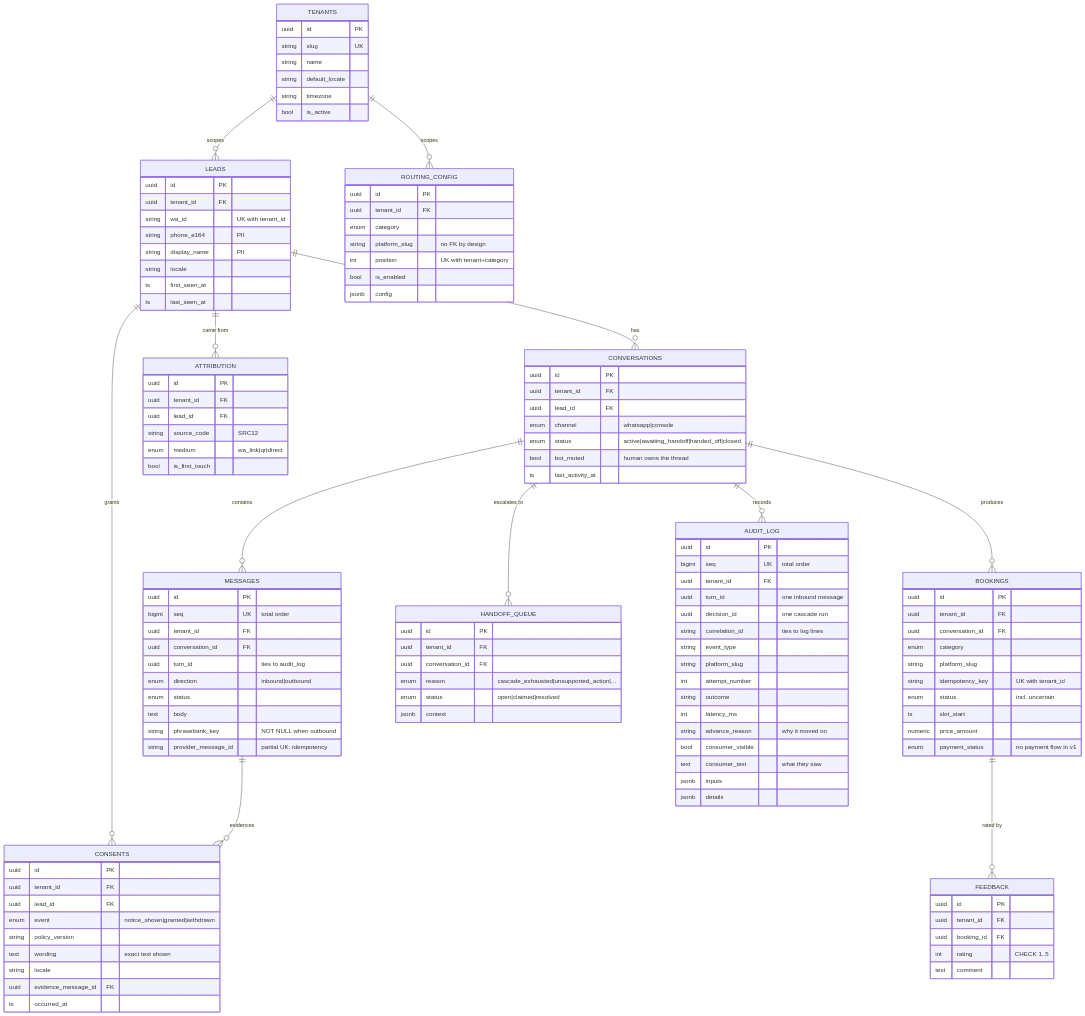
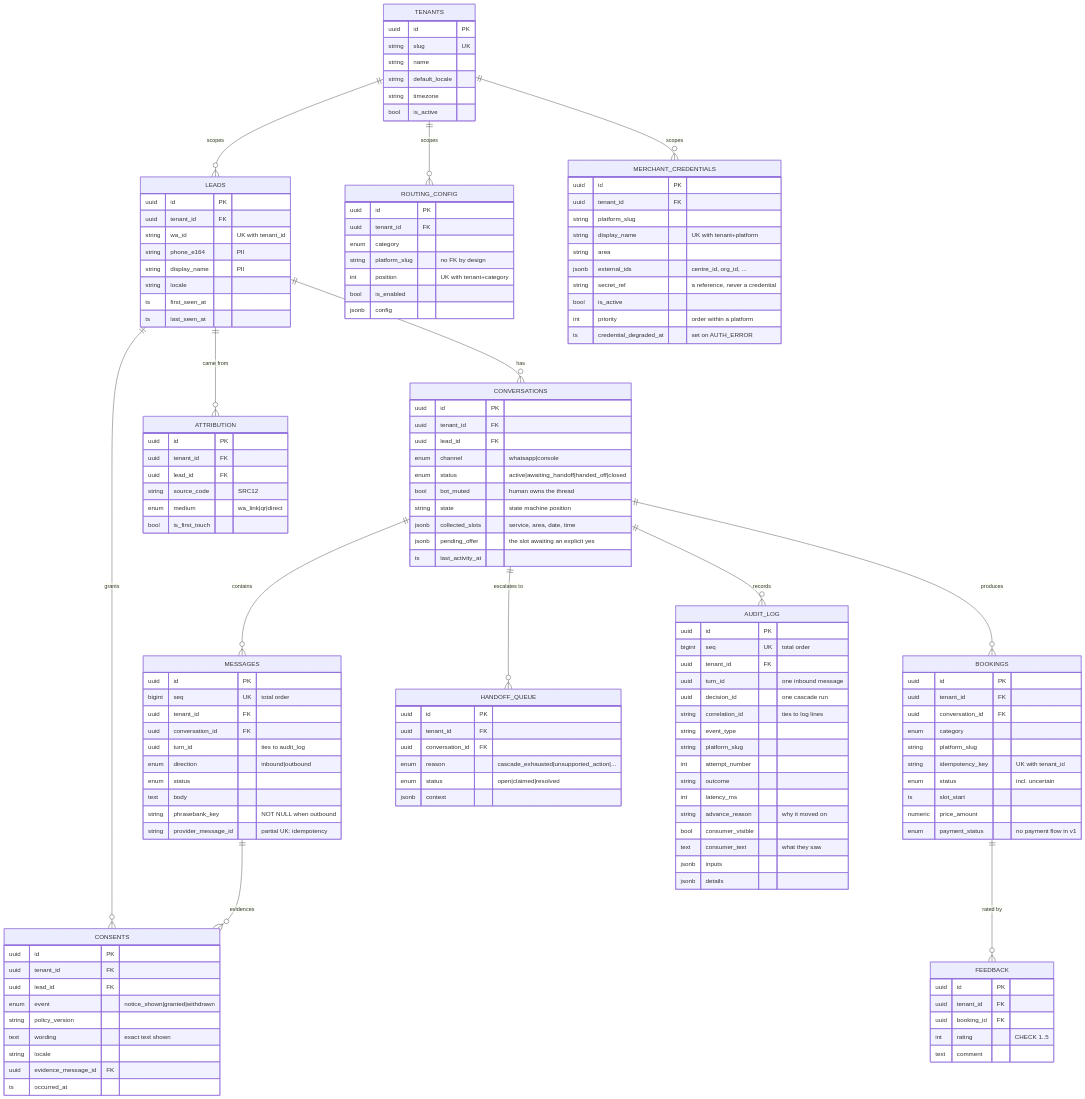
Before and after one commit to Nebiyu-6249/Mawjood: the diagram in docs/SCHEMA.md, drawn with Mermaid. The commit also changed other lines of this file and 2 other files, not shown here.

First line of the commit message:
docs: record Phase 2 status, the twelfth table, and the Zenoti consequence

```diff
--- a/docs/SCHEMA.md
+++ b/docs/SCHEMA.md
@@ -7,6 +7,7 @@
 erDiagram
     TENANTS ||--o{ LEADS : "scopes"
     TENANTS ||--o{ ROUTING_CONFIG : "scopes"
+    TENANTS ||--o{ MERCHANT_CREDENTIALS : "scopes"
     LEADS ||--o{ CONVERSATIONS : "has"
     LEADS ||--o{ CONSENTS : "grants"
     LEADS ||--o{ ATTRIBUTION : "came from"
@@ -44,6 +45,9 @@
         enum channel "whatsapp|console"
         enum status "active|awaiting_handoff|handed_off|closed"
         bool bot_muted "human owns the thread"
+        string state "state machine position"
+        jsonb collected_slots "service, area, date, time"
+        jsonb pending_offer "the slot awaiting an explicit yes"
         ts last_activity_at
     }
 
@@ -83,6 +87,19 @@
         ts slot_start
         numeric price_amount
         enum payment_status "no payment flow in v1"
+    }
+
+    MERCHANT_CREDENTIALS {
+        uuid id PK
+        uuid tenant_id FK
+        string platform_slug
+        string display_name "UK with tenant+platform"
+        string area
+        jsonb external_ids "centre_id, org_id, ..."
+        string secret_ref "a reference, never a credential"
+        bool is_active
+        int priority "order within a platform"
+        ts credential_degraded_at "set on AUTH_ERROR"
     }
 
     ROUTING_CONFIG {
```
